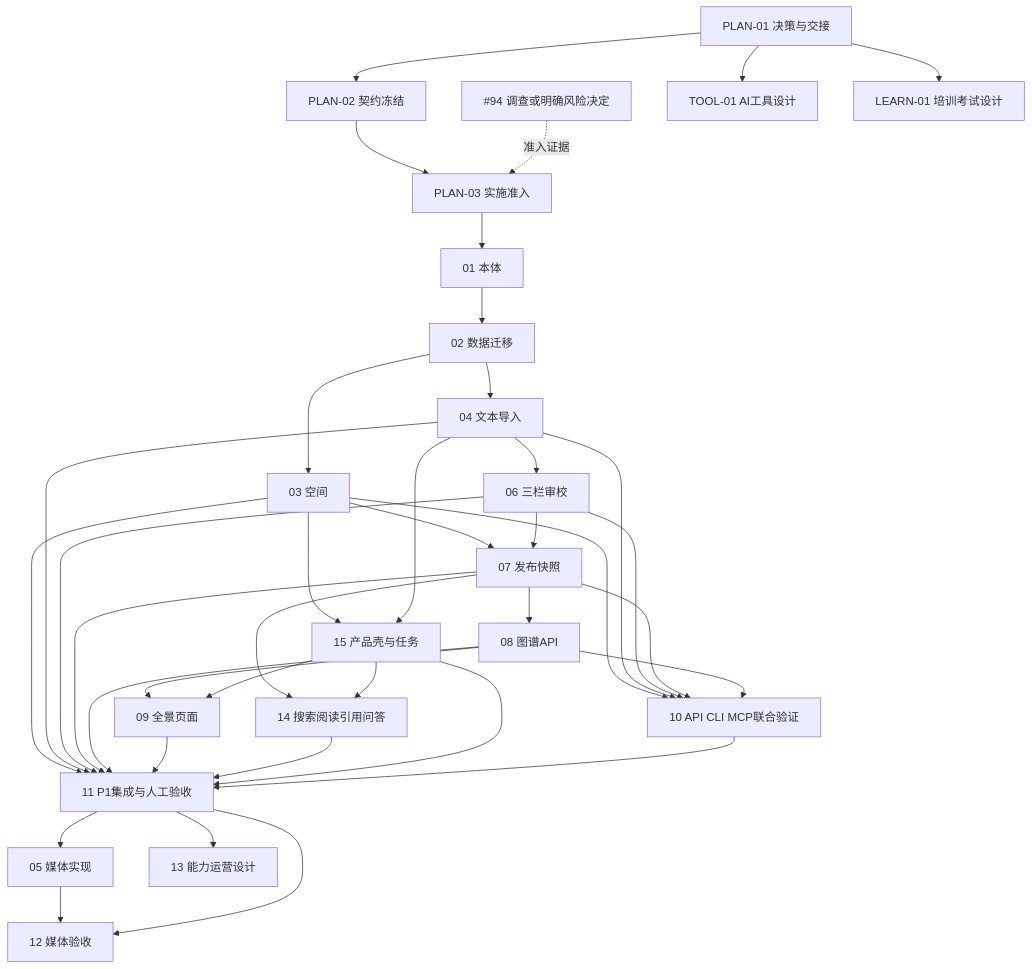
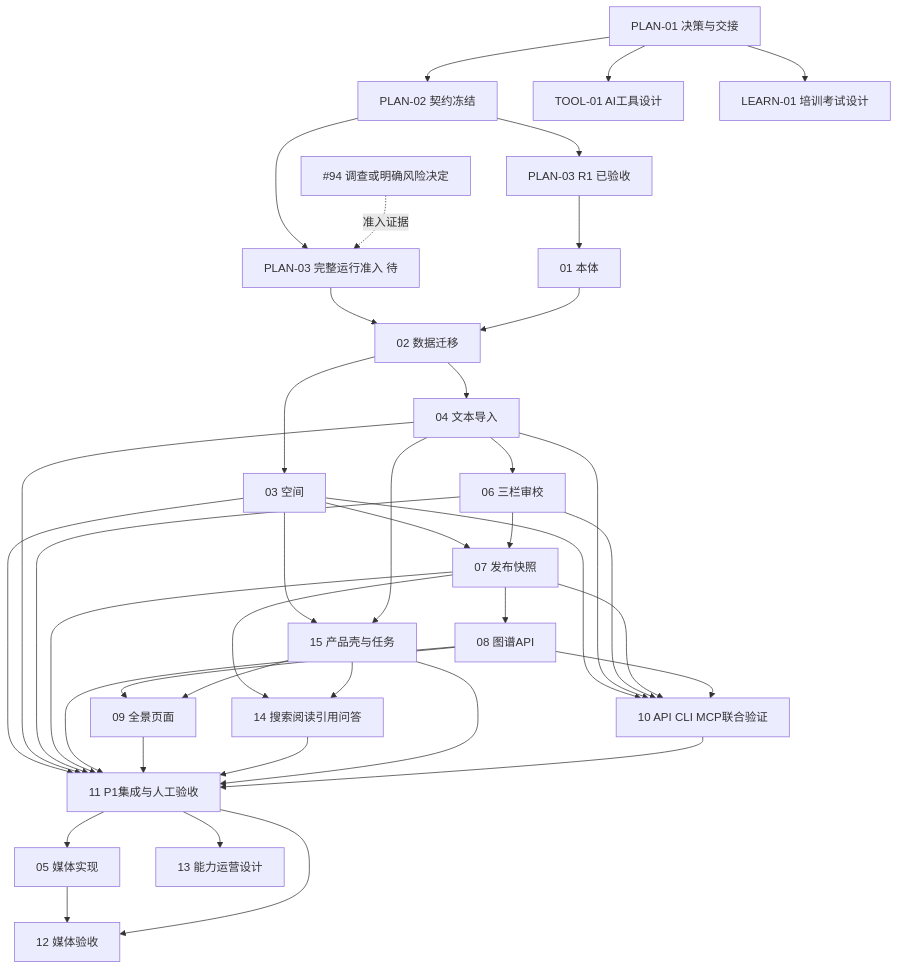
One commit to insanetoto/nuochong-page changed the diagram in docs/product/knowledge/v2/execution-roadmap.md. Above: the diagram before and after it, drawn with Mermaid. The commit also changed other lines of this file and 18 other files, not shown here.

````diff
--- a/docs/product/knowledge/v2/execution-roadmap.md
+++ b/docs/product/knowledge/v2/execution-roadmap.md
@@ -34,40 +36,42 @@
 ```mermaid
 flowchart TD
   P1[PLAN-01 决策与交接] --> P2[PLAN-02 契约冻结]
-  P2 --> P3[PLAN-03 实施准入]
+  P2 --> R1[PLAN-03 R1 已验收]
+  P2 --> P3[PLAN-03 完整运行准入 待]
   X[#94 调查或明确风险决定] -. 准入证据 .-> P3
-  P3 --> A[01 本体]
+  R1 --> A[01 本体]
+  P3 --> B[02 数据迁移]
   A --> B[02 数据迁移]
   B --> C[03 空间]
   B --> D[04 文本导入]
   D --> E[06 三栏审校]
   C --> S[15 产品壳与任务]
   D --> S
   C --> F[07 发布快照]
   E --> F
   F --> G[08 图谱API]
   G --> H[09 全景页面]
   S --> H
   F --> R[14 搜索阅读引用问答]
   S --> R
   C --> I[10 API CLI MCP联合验证]
   D --> I
   E --> I
   F --> I
   G --> I
   C --> J[11 P1集成与人工验收]
   D --> J
   E --> J
   F --> J
   G --> J
   H --> J
   R --> J
   S --> J
   I --> J
   J --> K[05 媒体实现]
   K --> L[12 媒体验收]
   J --> L
   J --> M[13 能力运营设计]
   P1 --> T[TOOL-01 AI工具设计]
   P1 --> N[LEARN-01 培训考试设计]
 ```
````
